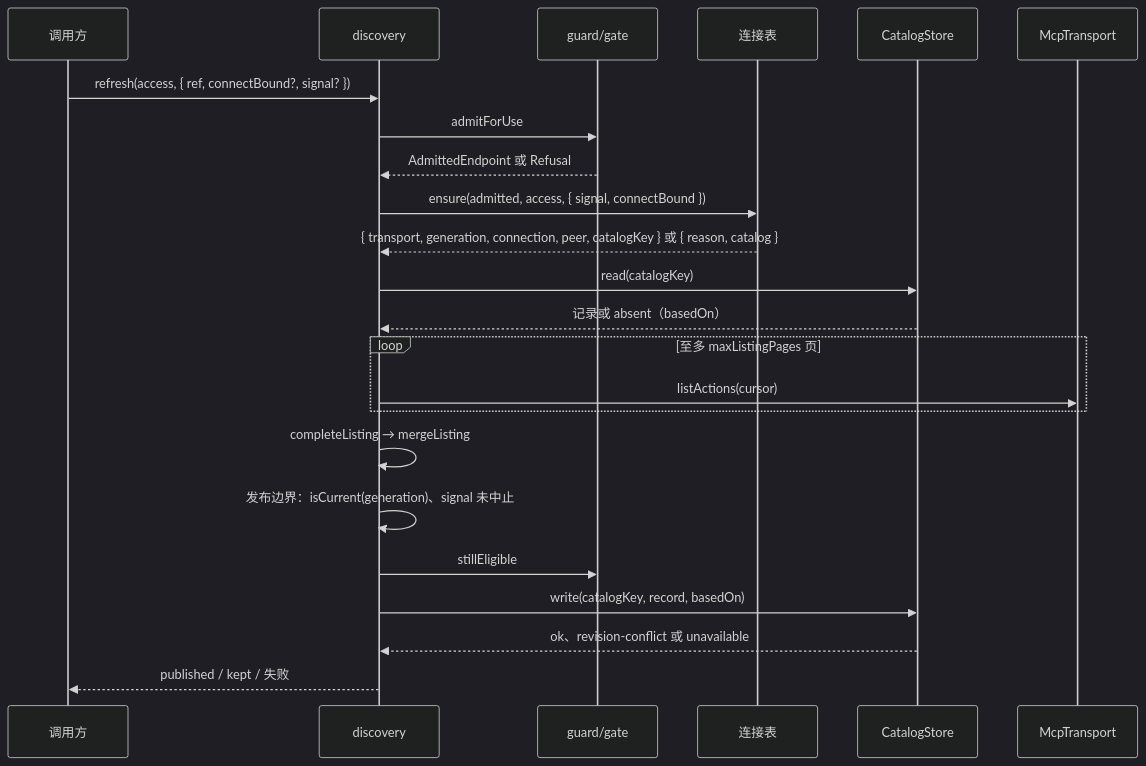
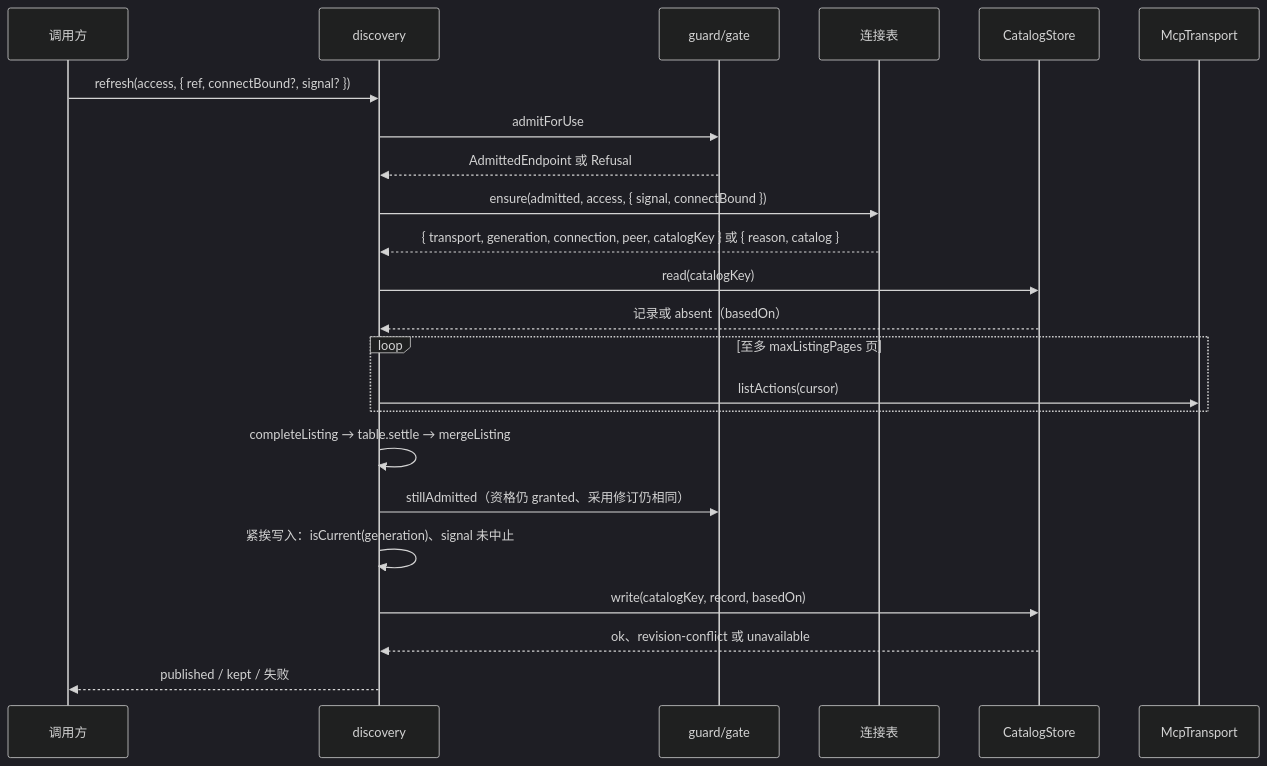
The first of 2 diagrams in packages/mcp/mcp/docs/flows.md (nemori-ai/omne-harness-lite), drawn with Mermaid (dark theme) before and after one commit. The commit also changed other lines of this file and 9 other files, not shown here.

First line of the commit message:
docs(mcp): 第 2 轮：SPEC 反例与变异、偏离表与退出条件、README「给下一波」改为 admitForUse/stillAdmitted

````diff
--- a/packages/mcp/mcp/docs/flows.md
+++ b/packages/mcp/mcp/docs/flows.md
@@ -9,25 +9,25 @@
 ```mermaid
 sequenceDiagram
     participant C as 调用方
     participant D as discovery
     participant G as guard/gate
     participant T as 连接表
     participant S as CatalogStore
     participant X as McpTransport
     C->>D: refresh(access, { ref, connectBound?, signal? })
     D->>G: admitForUse
     G-->>D: AdmittedEndpoint 或 Refusal
     D->>T: ensure(admitted, access, { signal, connectBound })
     T-->>D: { transport, generation, connection, peer, catalogKey } 或 { reason, catalog }
     D->>S: read(catalogKey)
     S-->>D: 记录或 absent（basedOn）
     loop 至多 maxListingPages 页
         D->>X: listActions(cursor)
     end
-    D->>D: completeListing → mergeListing
-    D->>D: 发布边界：isCurrent(generation)、signal 未中止
-    D->>G: stillEligible
+    D->>D: completeListing → table.settle → mergeListing
+    D->>G: stillAdmitted（资格仍 granted、采用修订仍相同）
+    D->>D: 紧挨写入：isCurrent(generation)、signal 未中止
     D->>S: write(catalogKey, record, basedOn)
     S-->>D: ok、revision-conflict 或 unavailable
     D-->>C: published / kept / 失败
 ```
````
